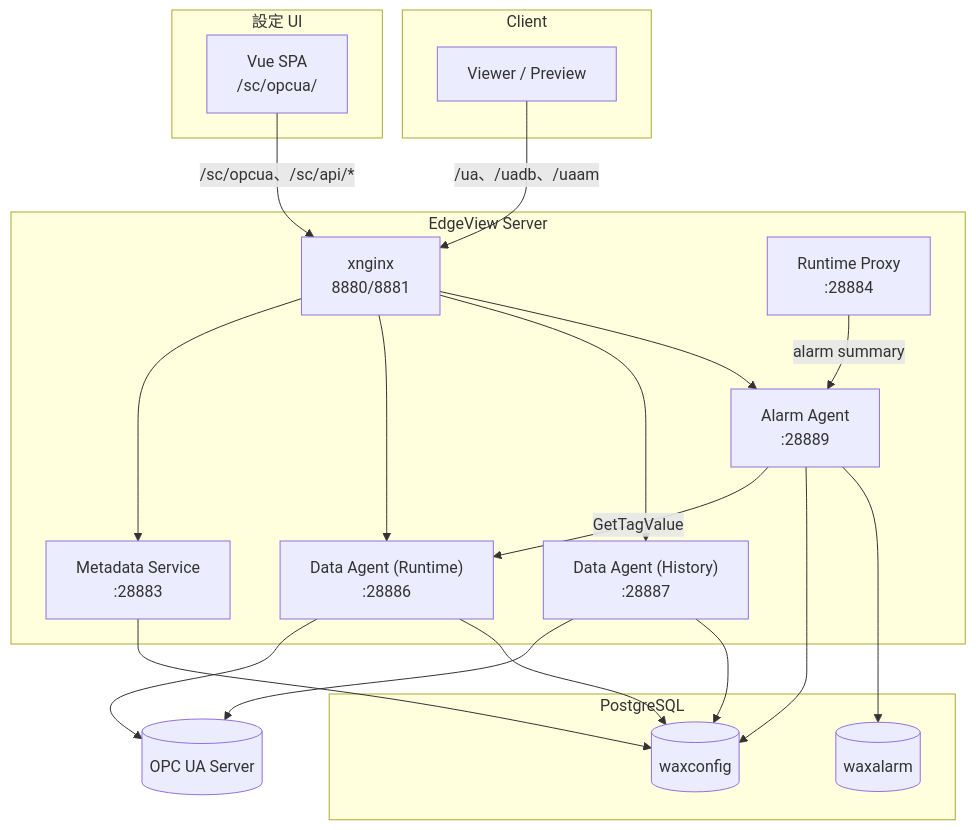
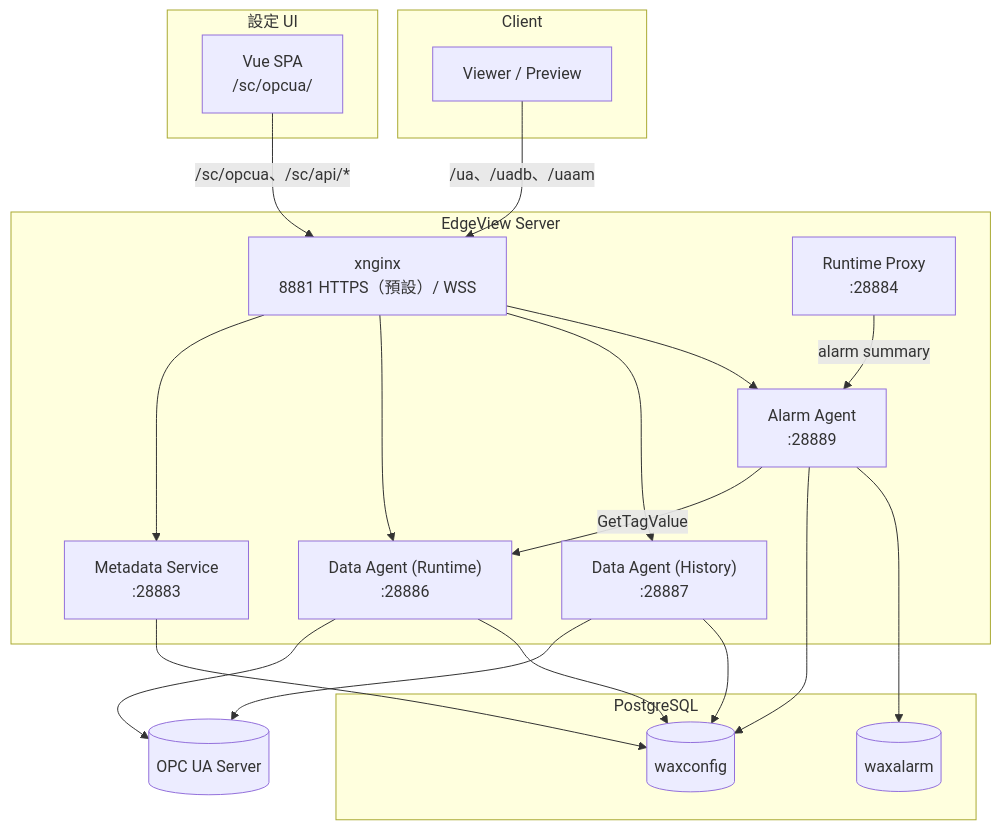
Before and after one commit to PochengChen-del/EdgeViewDoc: the first of 14 diagrams in SDS/14_OPCUA_Subsystem_Design.md, drawn with Mermaid. The commit also changed other lines of this file and 9 other files, not shown here.

````diff
--- a/SDS/14_OPCUA_Subsystem_Design.md
+++ b/SDS/14_OPCUA_Subsystem_Design.md
@@ -16,38 +16,38 @@
 ```mermaid
 flowchart TB
     subgraph UI["設定 UI"]
         Vue["Vue SPA<br/>/sc/opcua/"]
     end
     subgraph Edge["EdgeView Server"]
-        NG["xnginx<br/>8880/8881"]
+        NG["xnginx<br/>8881 HTTPS（預設）/ WSS"]
         Meta["Metadata Service<br/>:28883"]
         Proxy["Runtime Proxy<br/>:28884"]
         RT["Data Agent (Runtime)<br/>:28886"]
         HIS["Data Agent (History)<br/>:28887"]
         ALM["Alarm Agent<br/>:28889"]
     end
     subgraph Client["Client"]
         HMI["Viewer / Preview"]
     end
     subgraph DB["PostgreSQL"]
         CFG[("waxconfig")]
         ALMDB[("waxalarm")]
     end
     UA[("OPC UA Server")]
 
     Vue -->|"/sc/opcua、/sc/api/*"| NG
     HMI -->|"/ua、/uadb、/uaam"| NG
     NG --> Meta
     NG --> RT
     NG --> HIS
     NG --> ALM
     Meta --> CFG
     Proxy -->|alarm summary| ALM
     ALM -->|GetTagValue| RT
     RT --> UA
     HIS --> UA
     RT --> CFG
     HIS --> CFG
     ALM --> CFG
     ALM --> ALMDB
 ```
````
